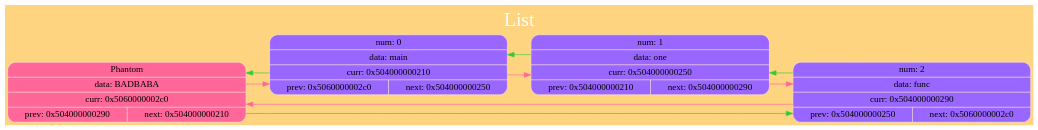
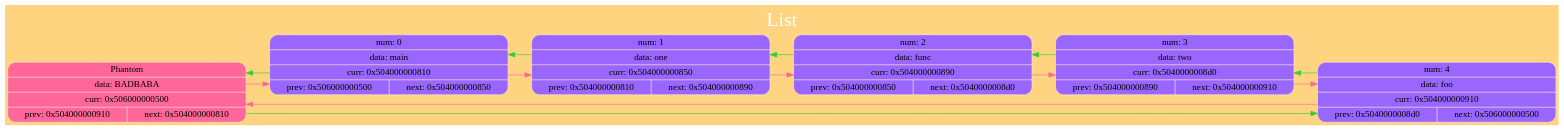
One commit to kand1bober/OOSD-Language changed the diagram in StringList/dump/ListGraph.dot. Above: the diagram before and after it, drawn with Graphviz. The commit also changed 19 other files, not shown here.

```diff
--- a/StringList/dump/ListGraph.dot
+++ b/StringList/dump/ListGraph.dot
@@ -1,25 +1,31 @@
 digraph G
 {
 label="List";
  labelloc="t";
  fontsize=30
  fontname="Verdana";
  fontcolor="#FFFFFF"
 
 rankdir=LR; splines=ortho; size="200,300"; bgcolor="#ffd480";
-{ node_0x5060000002c0 [shape = record; style="rounded, filled", fillcolor="#ff6699", color="#FFE9C7", label=" { Phantom } | { data: BADBABA } | { curr: 0x5060000002c0 } | { { prev: 0x504000000290 } | { next: 0x504000000210 } }  "] 
+{ node_0x506000000500 [shape = record; style="rounded, filled", fillcolor="#ff6699", color="#FFE9C7", label=" { Phantom } | { data: BADBABA } | { curr: 0x506000000500 } | { { prev: 0x504000000910 } | { next: 0x504000000810 } }  "] 
 }
-node_0x504000000210 [shape = record; style="rounded, filled", fillcolor="#9966FF", color="#FFE9C7", label=" { num: 0 } | { data: main } | { curr: 0x504000000210 } | { { prev: 0x5060000002c0 } | { next: 0x504000000250 } }  "] 
-node_0x504000000250 [shape = record; style="rounded, filled", fillcolor="#9966FF", color="#FFE9C7", label=" { num: 1 } | { data: one } | { curr: 0x504000000250 } | { { prev: 0x504000000210 } | { next: 0x504000000290 } }  "] 
-node_0x504000000290 [shape = record; style="rounded, filled", fillcolor="#9966FF", color="#FFE9C7", label=" { num: 2 } | { data: func } | { curr: 0x504000000290 } | { { prev: 0x504000000250 } | { next: 0x5060000002c0 } }  "] 
+node_0x504000000810 [shape = record; style="rounded, filled", fillcolor="#9966FF", color="#FFE9C7", label=" { num: 0 } | { data: main } | { curr: 0x504000000810 } | { { prev: 0x506000000500 } | { next: 0x504000000850 } }  "] 
+node_0x504000000850 [shape = record; style="rounded, filled", fillcolor="#9966FF", color="#FFE9C7", label=" { num: 1 } | { data: one } | { curr: 0x504000000850 } | { { prev: 0x504000000810 } | { next: 0x504000000890 } }  "] 
+node_0x504000000890 [shape = record; style="rounded, filled", fillcolor="#9966FF", color="#FFE9C7", label=" { num: 2 } | { data: func } | { curr: 0x504000000890 } | { { prev: 0x504000000850 } | { next: 0x5040000008d0 } }  "] 
+node_0x5040000008d0 [shape = record; style="rounded, filled", fillcolor="#9966FF", color="#FFE9C7", label=" { num: 3 } | { data: two } | { curr: 0x5040000008d0 } | { { prev: 0x504000000890 } | { next: 0x504000000910 } }  "] 
+node_0x504000000910 [shape = record; style="rounded, filled", fillcolor="#9966FF", color="#FFE9C7", label=" { num: 4 } | { data: foo } | { curr: 0x504000000910 } | { { prev: 0x5040000008d0 } | { next: 0x506000000500 } }  "] 
 
-node_0x5060000002c0 -> node_0x504000000210 [color ="#ff6699"];
-node_0x5060000002c0 -> node_0x504000000290 [color ="#34cb34"];
-node_0x504000000210 -> node_0x504000000250 [color ="#ff6699"];
-node_0x504000000210 -> node_0x5060000002c0 [color ="#34cb34"];
-node_0x504000000250 -> node_0x504000000290 [color ="#ff6699"];
-node_0x504000000250 -> node_0x504000000210 [color ="#34cb34"];
-node_0x504000000290 -> node_0x5060000002c0 [color ="#ff6699"];
-node_0x504000000290 -> node_0x504000000250 [color ="#34cb34"];
+node_0x506000000500 -> node_0x504000000810 [color ="#ff6699"];
+node_0x506000000500 -> node_0x504000000910 [color ="#34cb34"];
+node_0x504000000810 -> node_0x504000000850 [color ="#ff6699"];
+node_0x504000000810 -> node_0x506000000500 [color ="#34cb34"];
+node_0x504000000850 -> node_0x504000000890 [color ="#ff6699"];
+node_0x504000000850 -> node_0x504000000810 [color ="#34cb34"];
+node_0x504000000890 -> node_0x5040000008d0 [color ="#ff6699"];
+node_0x504000000890 -> node_0x504000000850 [color ="#34cb34"];
+node_0x5040000008d0 -> node_0x504000000910 [color ="#ff6699"];
+node_0x5040000008d0 -> node_0x504000000890 [color ="#34cb34"];
+node_0x504000000910 -> node_0x506000000500 [color ="#ff6699"];
+node_0x504000000910 -> node_0x5040000008d0 [color ="#34cb34"];
 
 }
```
